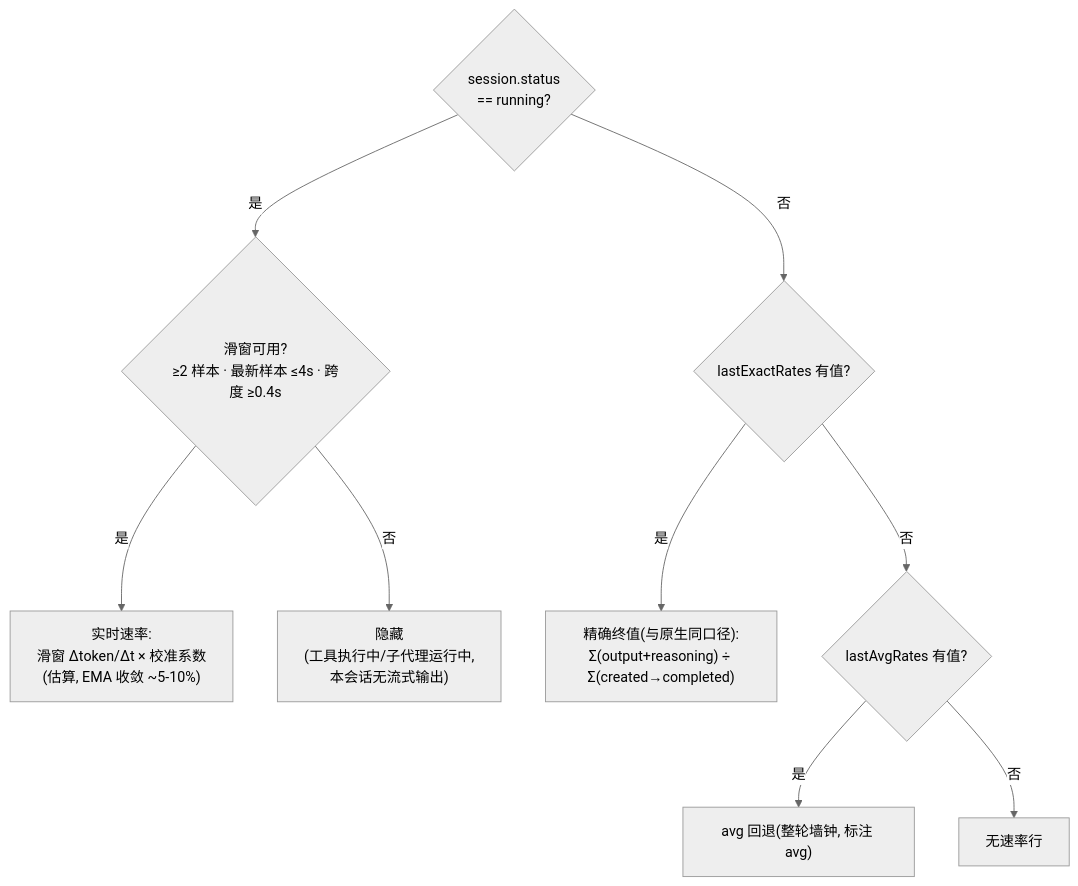
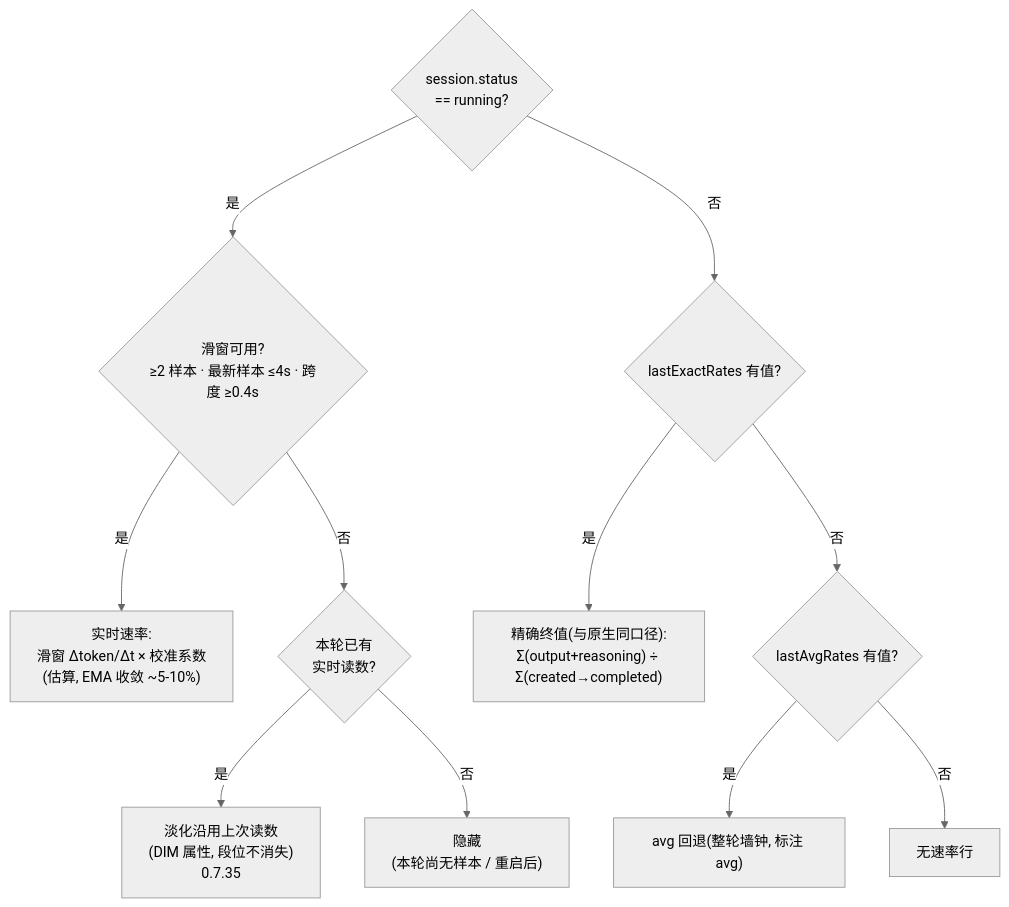
The second of 2 diagrams in docs/features/display-logic.md (dubuqiangu/opencode-usage-meter), drawn with Mermaid (neutral theme) before and after one commit. The commit also changed other lines of this file and 10 other files, not shown here.

````diff
--- a/docs/features/display-logic.md
+++ b/docs/features/display-logic.md
@@ -58,12 +58,14 @@
 ```mermaid
 flowchart TD
     Q{"session.status<br/>== running?"}
     Q -- "是" --> Win{"滑窗可用?<br/>≥2 样本 · 最新样本 ≤4s · 跨度 ≥0.4s"}
     Win -- 是 --> Live["实时速率:<br/>滑窗 Δtoken/Δt × 校准系数<br/>(估算, EMA 收敛 ~5-10%)"]
-    Win -- 否 --> Hide1["隐藏<br/>(工具执行中/子代理运行中,<br/>本会话无流式输出)"]
+    Win -- 否 --> Held{"本轮已有<br/>实时读数?"}
+    Held -- "是" --> Dim["淡化沿用上次读数<br/>(DIM 属性, 段位不消失)<br/>0.7.35"]
+    Held -- "否" --> Hide1["隐藏<br/>(本轮尚无样本 / 重启后)"]
     Q -- "否" --> Exact{"lastExactRates 有值?"}
     Exact -- 是 --> Final["精确终值(与原生同口径):<br/>Σ(output+reasoning) ÷ Σ(created→completed)"]
     Exact -- 否 --> Avg{"lastAvgRates 有值?"}
     Avg -- 是 --> AvgF["avg 回退(整轮墙钟, 标注 avg)"]
     Avg -- 否 --> Hide2["无速率行"]
 ```
````
